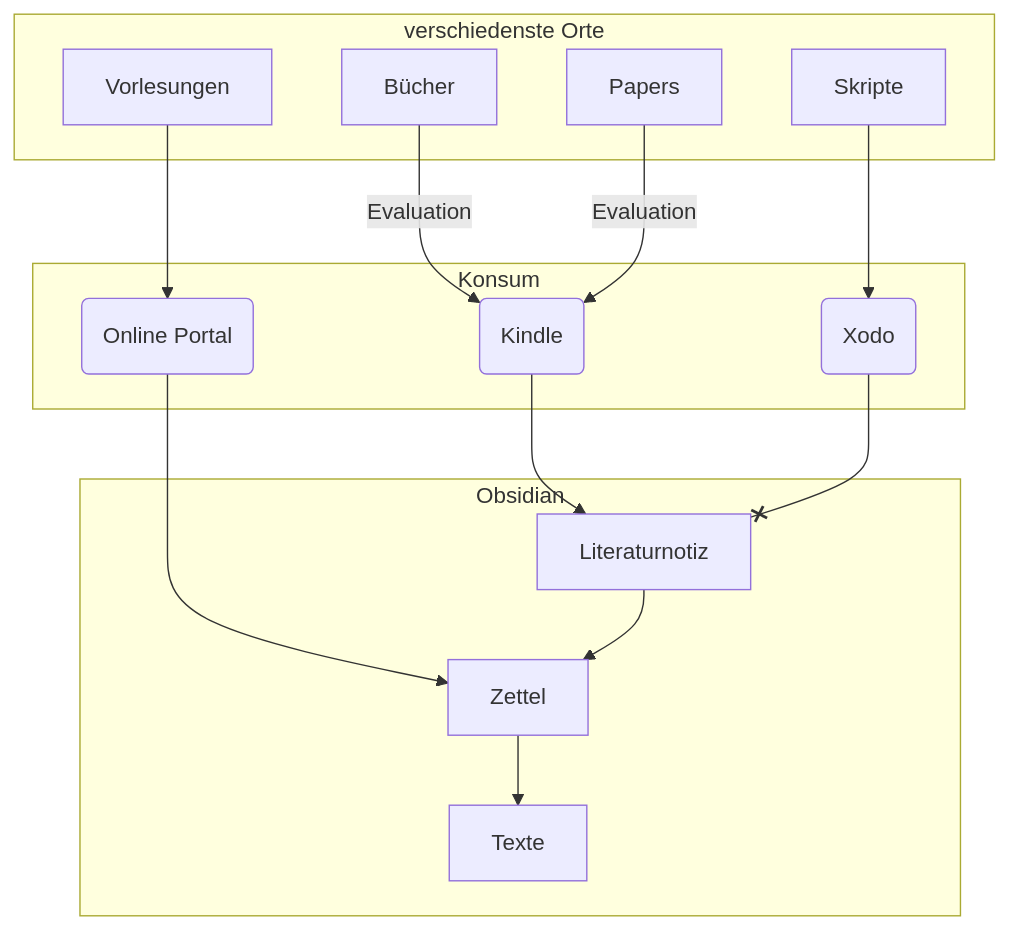
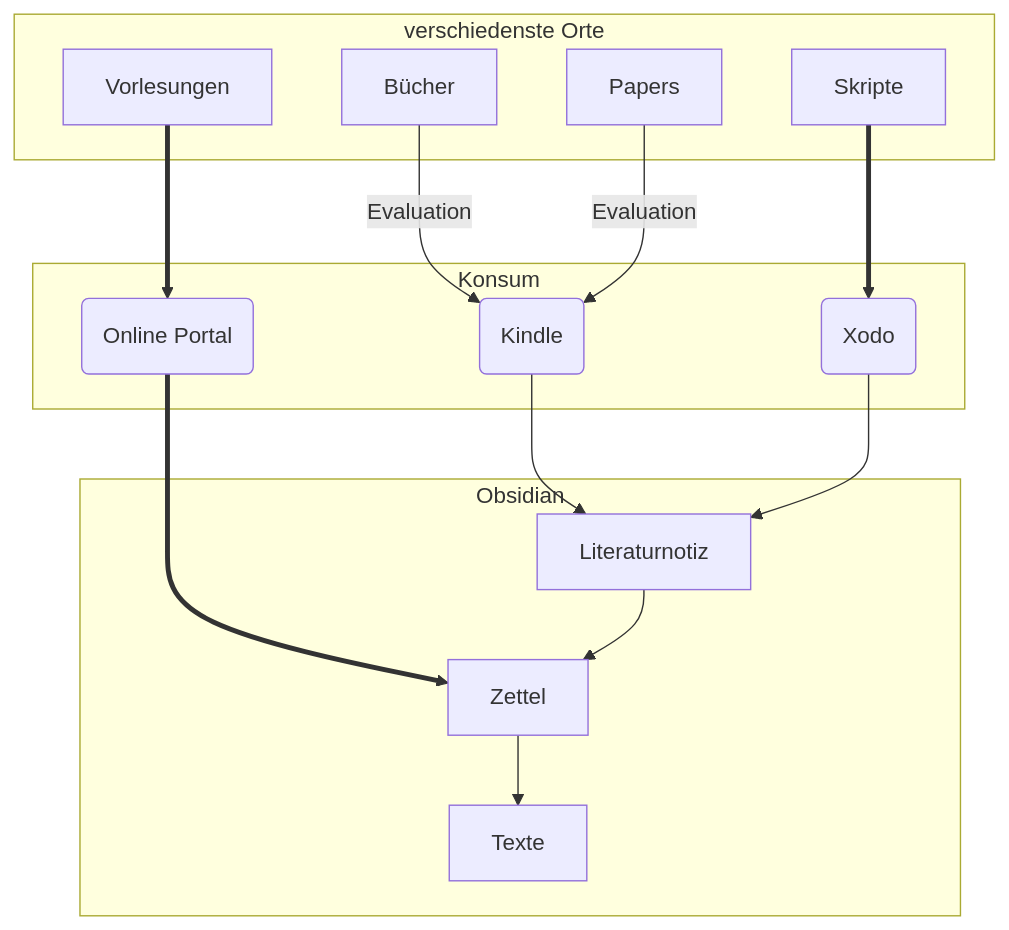
The diagram in System/Informationsverarbeitung.md (julianstoerig/zettelkasten), drawn with Mermaid before and after one commit.

Commit message:
automatic version-control: 2021-01-13 20:09:58

````diff
--- a/System/Informationsverarbeitung.md
+++ b/System/Informationsverarbeitung.md
@@ -1,43 +1,43 @@
 ```mermaid
 flowchart TB;
 
 B[Bücher]
 S[Skripte]
 V[Vorlesungen]
 P[Papers]
 
 K(Kindle)
 X(Xodo)
 OP(Online Portal)
 
 L[Literaturnotiz]
 Z[Zettel]
 T[Texte]
 
 subgraph verschiedenste Orte
 	B
 	P
 	S
 	V
 end
 
 B & P -->|Evaluation| K
-S --> X
-V --> OP
+S ==> X
+V ==> OP
 
 subgraph Konsum
 	K
 	X
 	OP
 end
 
 K --> L
-X --x L
-OP --> Z
+X --> L
+OP ==> Z
 
 subgraph Obsidian	
 	L --> Z
 	Z --> T
 end
 
 ```
````
